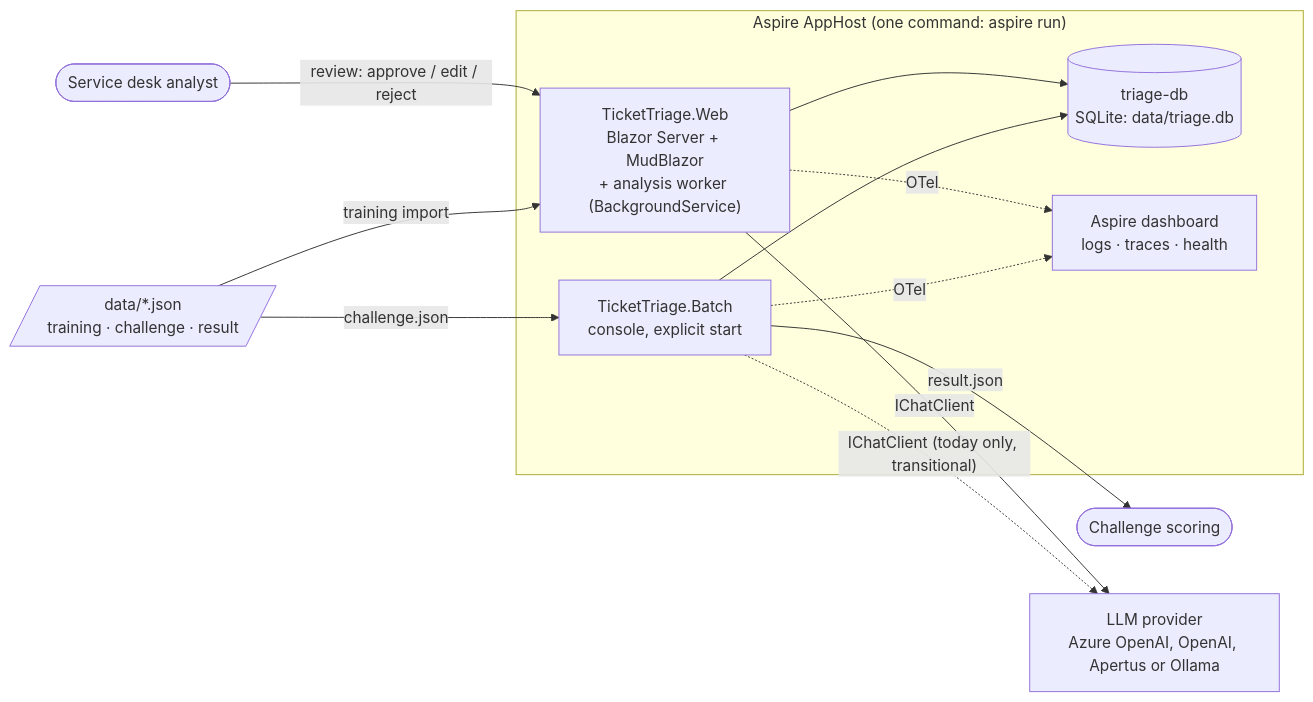
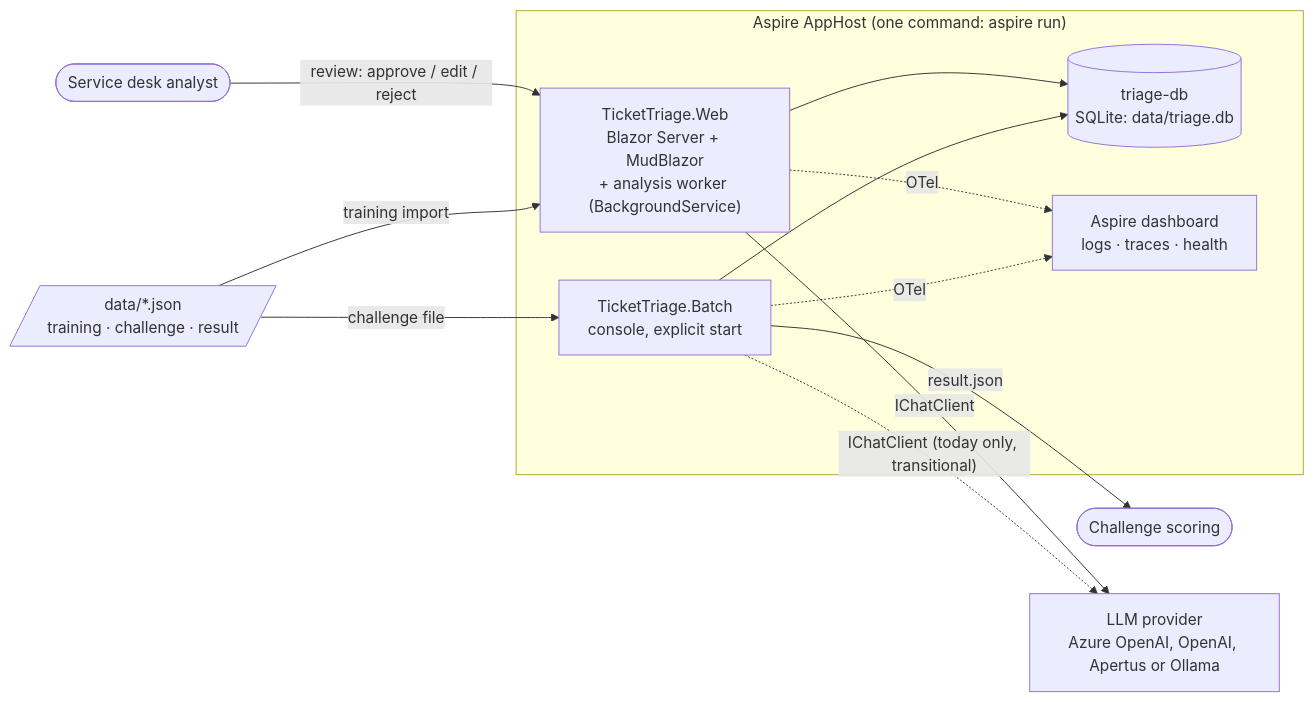
Before and after one commit to githubfawu/TriAIge: the first of 8 diagrams in docs/architecture.md, drawn with Mermaid. The commit also changed other lines of this file and 66 other files, not shown here.

````diff
--- a/docs/architecture.md
+++ b/docs/architecture.md
@@ -9,26 +9,26 @@
 ```mermaid
 flowchart LR
     analyst([Service desk analyst])
     jury([Challenge scoring])
 
     subgraph aspire["Aspire AppHost (one command: aspire run)"]
         web["TicketTriage.Web<br/>Blazor Server + MudBlazor<br/>+ analysis worker (BackgroundService)"]
         batch["TicketTriage.Batch<br/>console, explicit start"]
         db[("triage-db<br/>SQLite: data/triage.db")]
         dash["Aspire dashboard<br/>logs · traces · health"]
     end
 
     llm["LLM provider<br/>Azure OpenAI, OpenAI, Apertus or Ollama"]
     files[/"data/*.json<br/>training · challenge · result"/]
 
     analyst -- "review: approve / edit / reject" --> web
     web --> db
     batch --> db
     web -- "IChatClient" --> llm
     batch -. "IChatClient (today only, transitional)" .-> llm
     files -- "training import" --> web
-    files -- "challenge.json" --> batch
+    files -- "challenge file" --> batch
     batch -- "result.json" --> jury
     web -. OTel .-> dash
     batch -. OTel .-> dash
 ```
````
